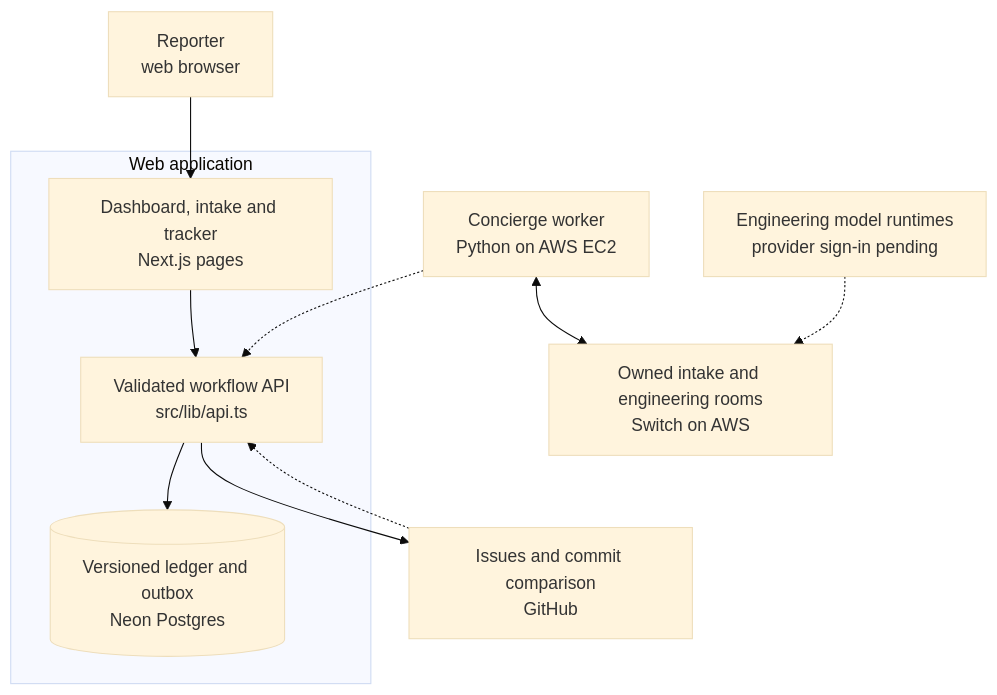
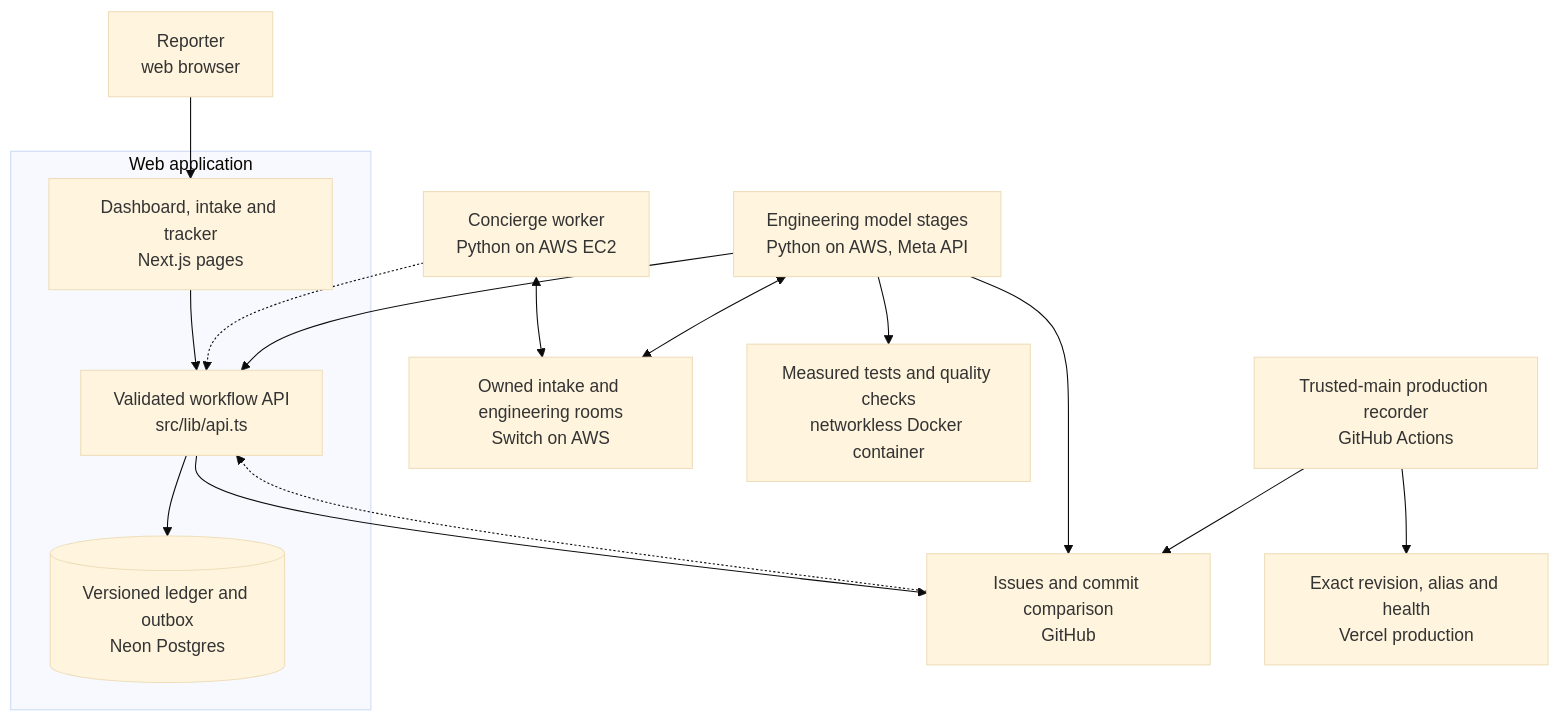
Before and after one commit to PDGamerSG/Reporter-to-Release: the diagram in README.md, drawn with Mermaid (base theme). The commit also changed other lines of this file and 14 other files, not shown here.

````diff
--- a/README.md
+++ b/README.md
@@ -41,13 +42,18 @@
 ```mermaid
 flowchart TB
   reporter["Reporter<br/>web browser"] --> pages["Dashboard, intake and tracker<br/>Next.js pages"]
   subgraph app["Web application"]
     pages --> api["Validated workflow API<br/>src/lib/api.ts"]
     api --> ledger[("Versioned ledger and outbox<br/>Neon Postgres")]
   end
   worker["Concierge worker<br/>Python on AWS EC2"] -.-> api
   worker <--> rooms["Owned intake and engineering rooms<br/>Switch on AWS"]
   api --> github["Issues and commit comparison<br/>GitHub"]
   github -.-> api
-  runtime["Engineering model runtimes<br/>provider sign-in pending"] -.-> rooms
+  runtime["Engineering model stages<br/>Python on AWS, Meta API"] <--> rooms
+  runtime --> api
+  runtime --> sandbox["Measured tests and quality checks<br/>networkless Docker container"]
+  runtime --> github
+  recorder["Trusted-main production recorder<br/>GitHub Actions"] --> vercel["Exact revision, alias and health<br/>Vercel production"]
+  recorder --> github
 ```
````
